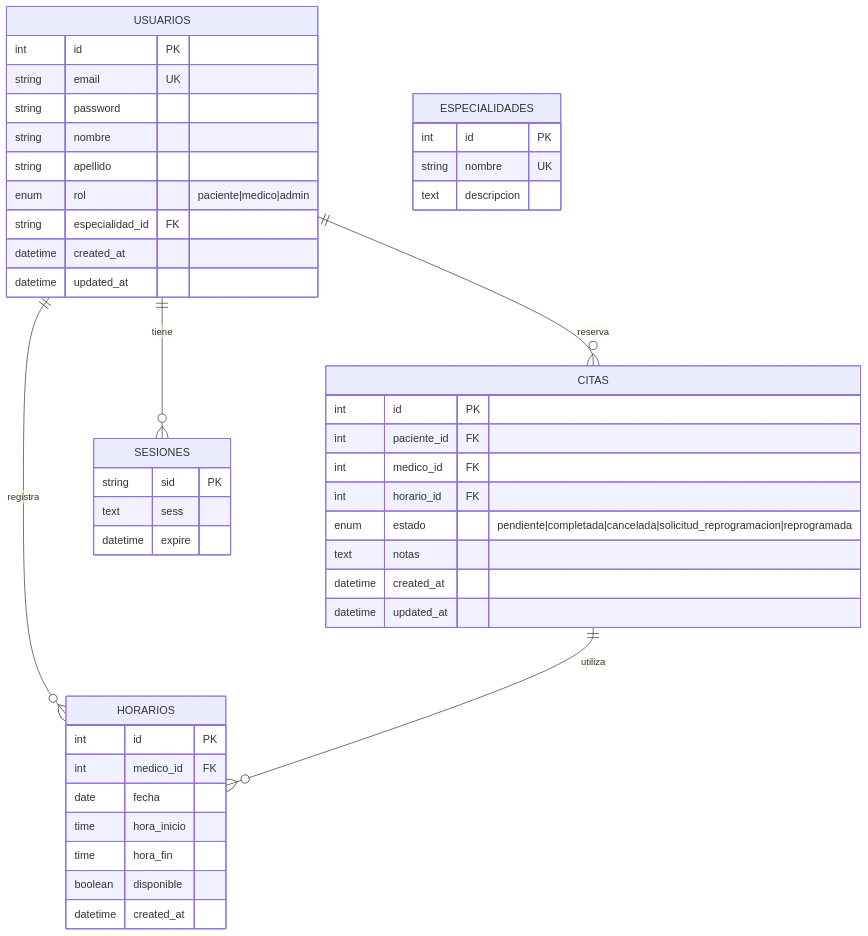
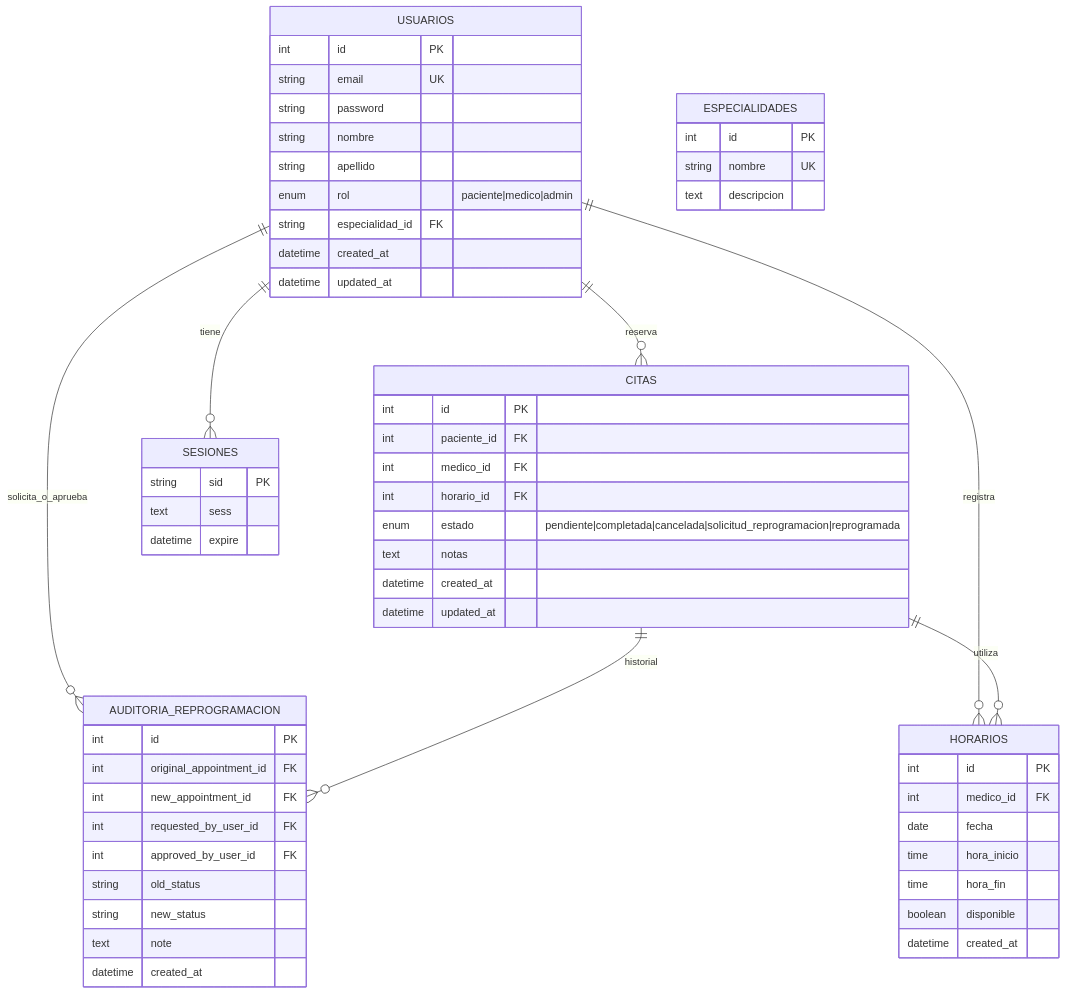
Before and after one commit to EdwardAR/CIS_II: the seventh of 7 diagrams in README.md, drawn with Mermaid. The commit also changed other lines of this file and 8 other files, not shown here.

````diff
--- a/README.md
+++ b/README.md
@@ -806,51 +808,65 @@
 ```mermaid
 erDiagram
     USUARIOS ||--o{ CITAS : reserva
     USUARIOS ||--o{ HORARIOS : registra
     USUARIOS ||--o{ SESIONES : tiene
+    USUARIOS ||--o{ AUDITORIA_REPROGRAMACION : solicita_o_aprueba
+    CITAS ||--o{ AUDITORIA_REPROGRAMACION : historial
     USUARIOS {
         int id PK
         string email UK
         string password
         string nombre
         string apellido
         enum rol "paciente|medico|admin"
         string especialidad_id FK
         datetime created_at
         datetime updated_at
     }
     
     CITAS ||--o{ HORARIOS : utiliza
     CITAS {
         int id PK
         int paciente_id FK
         int medico_id FK
         int horario_id FK
         enum estado "pendiente|completada|cancelada|solicitud_reprogramacion|reprogramada"
         text notas
         datetime created_at
         datetime updated_at
     }
     
     HORARIOS {
         int id PK
         int medico_id FK
         date fecha
         time hora_inicio
         time hora_fin
         boolean disponible
         datetime created_at
     }
     
     SESIONES {
         string sid PK
         text sess
         datetime expire
     }
+
+    AUDITORIA_REPROGRAMACION {
+        int id PK
+        int original_appointment_id FK
+        int new_appointment_id FK
+        int requested_by_user_id FK
+        int approved_by_user_id FK
+        string old_status
+        string new_status
+        text note
+        datetime created_at
+    }
     
     ESPECIALIDADES {
         int id PK
         string nombre UK
         text descripcion
     }
 ```
````
